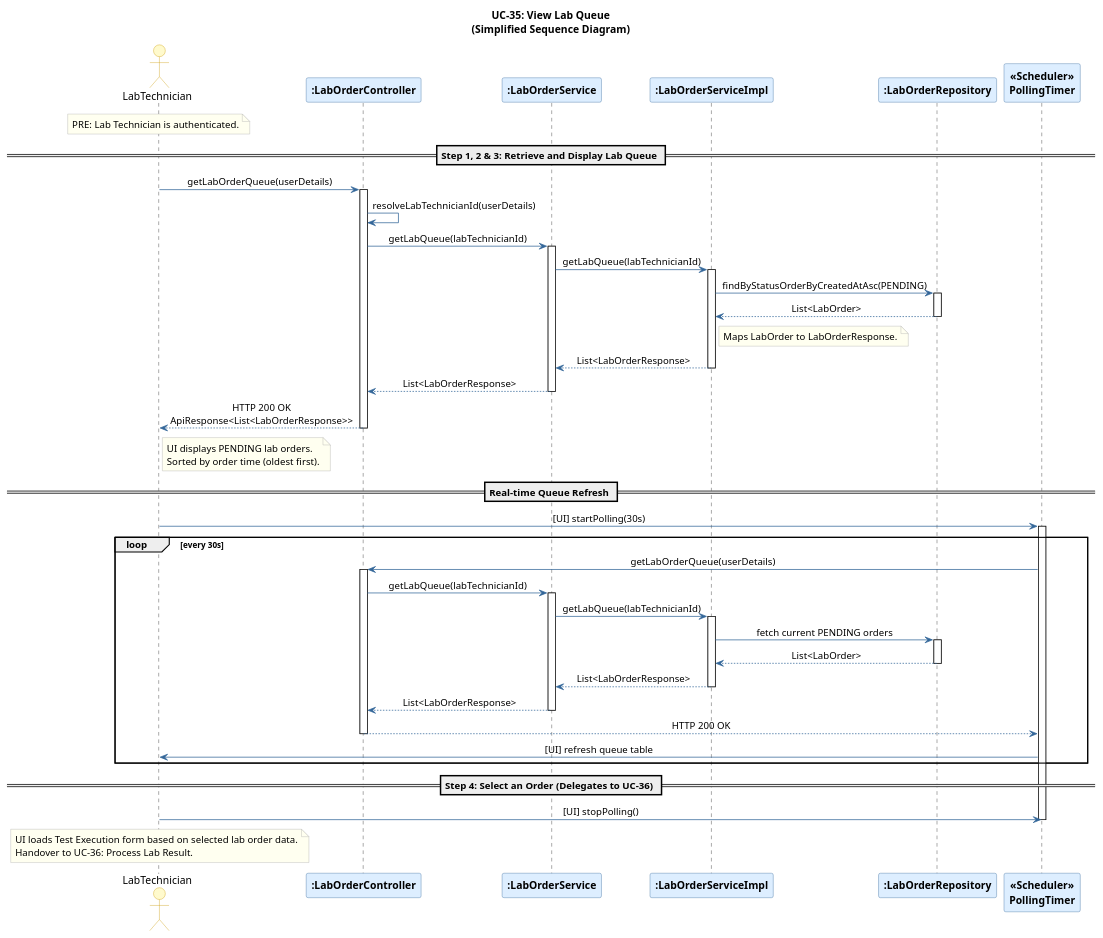
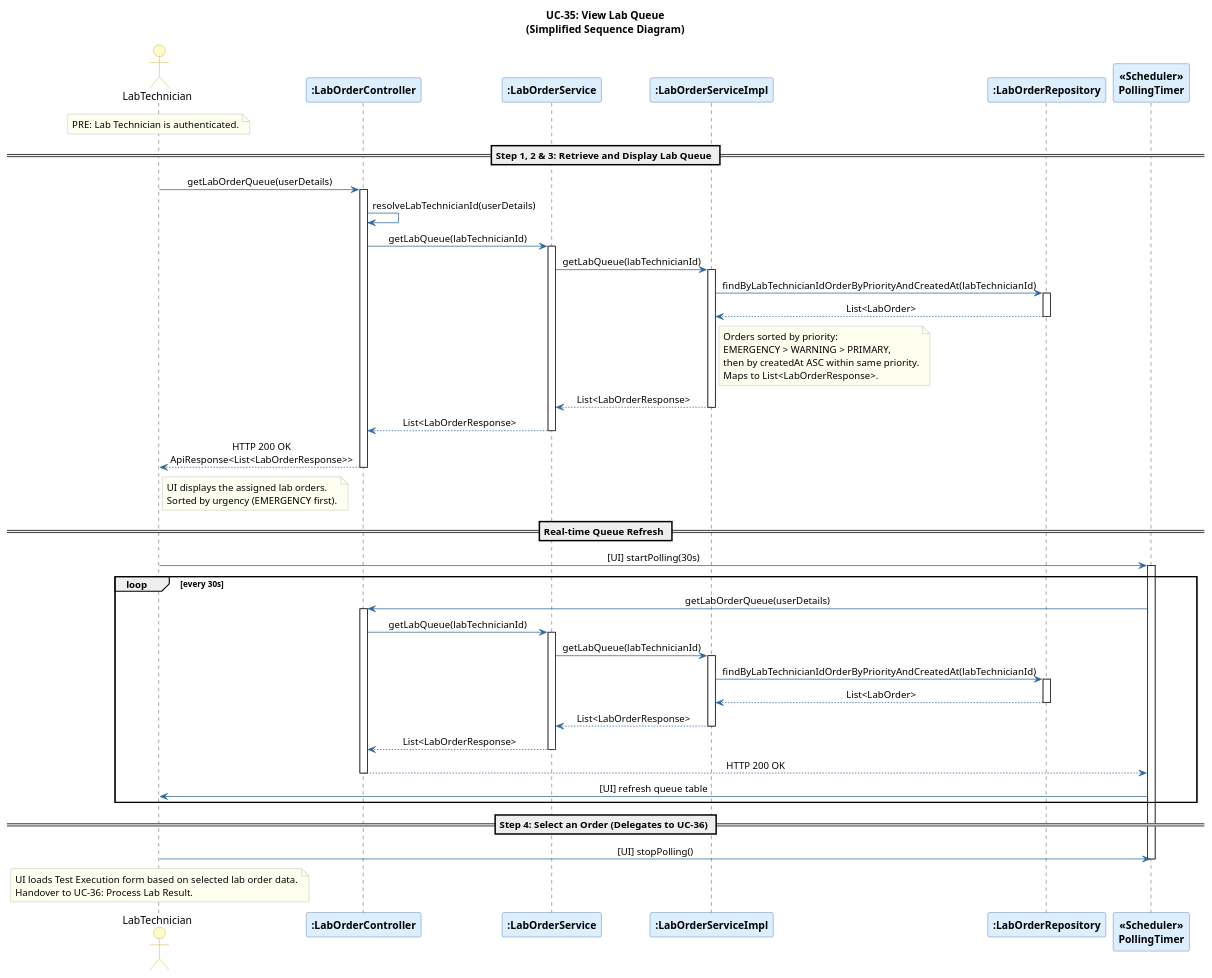
Before and after one commit to Dmh304/Clinic-Management-System: the diagram in docs/diagrams/UC35_ViewLabQueue_SequenceDiagram.puml, drawn with PlantUML. The commit also changed 28 other files, not shown here.

```diff
--- a/docs/diagrams/UC35_ViewLabQueue_SequenceDiagram.puml
+++ b/docs/diagrams/UC35_ViewLabQueue_SequenceDiagram.puml
@@ -1,104 +1,108 @@
 @startuml UC35_ViewLabQueue_SequenceDiagram
 <style>
 document {
   ParticipantPadding 10
   BoxPadding 10
 }
 </style>
 
 skinparam sequenceMessageAlign center
 skinparam responseMessageBelowArrow true
 skinparam maxMessageSize 250
 
 skinparam participant {
     BackgroundColor #DDEEFF
     BorderColor     #336699
     FontStyle       bold
 }
 skinparam actor {
     BackgroundColor #FFFACD
     BorderColor     #CC9900
 }
 skinparam note {
     BackgroundColor #FFFFF0
     BorderColor     #AAAAAA
 }
 skinparam ArrowColor #336699
 skinparam LifeLineBorderColor #336699
 
 title UC-35: View Lab Queue\n(Simplified Sequence Diagram)
 
 actor       "LabTechnician"                                    as LabTech
 participant ":LabOrderController"           as LC
 participant ":LabOrderService"               as LS
 participant ":LabOrderServiceImpl"       as LSImpl
 participant ":LabOrderRepository"               as LRepo
 participant "<<Scheduler>>\nPollingTimer"                      as Poll
 
 note over LabTech
   PRE: Lab Technician is authenticated.
 end note
 
 == Step 1, 2 & 3: Retrieve and Display Lab Queue ==
 LabTech -> LC : getLabOrderQueue(userDetails)
 activate LC
 LC -> LC : resolveLabTechnicianId(userDetails)
 LC -> LS : getLabQueue(labTechnicianId)
 activate LS
 LS -> LSImpl : getLabQueue(labTechnicianId)
 activate LSImpl
 
-LSImpl -> LRepo : findByStatusOrderByCreatedAtAsc(PENDING)
+LSImpl -> LRepo : findByLabTechnicianIdOrderByPriorityAndCreatedAt(labTechnicianId)
 activate LRepo
 LRepo --> LSImpl : List<LabOrder>
 deactivate LRepo
 
 note right of LSImpl
-  Maps LabOrder to LabOrderResponse.
+  Orders sorted by priority:
+  EMERGENCY > WARNING > PRIMARY,
+  then by createdAt ASC within same priority.
+  Maps to List<LabOrderResponse>.
 end note
 
 LSImpl --> LS : List<LabOrderResponse>
 deactivate LSImpl
 LS --> LC : List<LabOrderResponse>
 deactivate LS
 
 LC --> LabTech : HTTP 200 OK\nApiResponse<List<LabOrderResponse>>
 deactivate LC
+
 note right of LabTech
-  UI displays PENDING lab orders.
-  Sorted by order time (oldest first).
+  UI displays the assigned lab orders.
+  Sorted by urgency (EMERGENCY first).
 end note
 
 == Real-time Queue Refresh ==
 LabTech -> Poll : [UI] startPolling(30s)
 activate Poll
 loop every 30s
     Poll -> LC : getLabOrderQueue(userDetails)
     activate LC
     LC -> LS : getLabQueue(labTechnicianId)
     activate LS
     LS -> LSImpl : getLabQueue(labTechnicianId)
     activate LSImpl
-    LSImpl -> LRepo : fetch current PENDING orders
+    LSImpl -> LRepo : findByLabTechnicianIdOrderByPriorityAndCreatedAt(labTechnicianId)
     activate LRepo
     LRepo --> LSImpl : List<LabOrder>
     deactivate LRepo
     LSImpl --> LS : List<LabOrderResponse>
     deactivate LSImpl
     LS --> LC : List<LabOrderResponse>
     deactivate LS
     LC --> Poll : HTTP 200 OK
     deactivate LC
     Poll -> LabTech : [UI] refresh queue table
 end
 
 == Step 4: Select an Order (Delegates to UC-36) ==
 LabTech -> Poll : [UI] stopPolling()
 deactivate Poll
 
 note over LabTech
   UI loads Test Execution form based on selected lab order data.
   Handover to UC-36: Process Lab Result.
 end note
 
 @enduml
```
